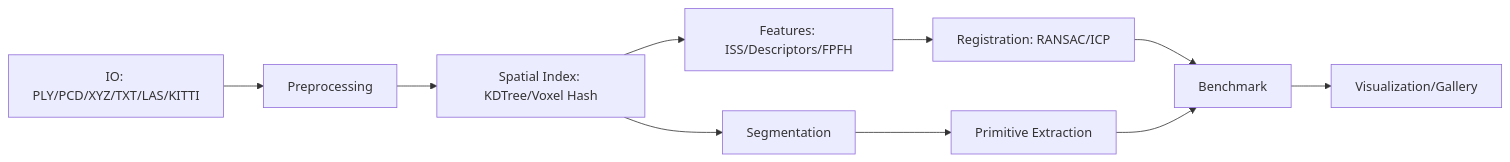
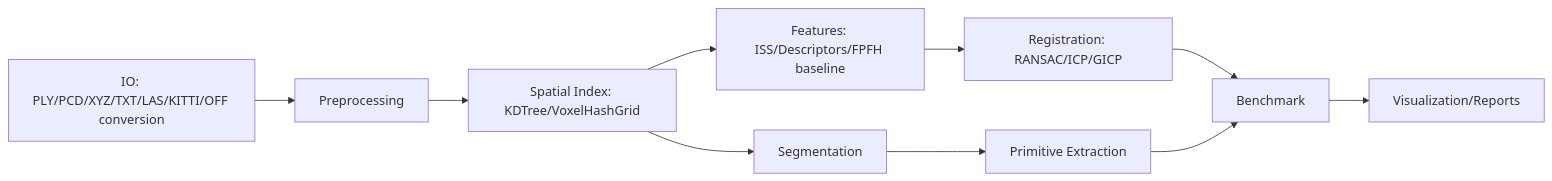
Before and after one commit to lazyJLBL/PointCloud-GeoLab: the diagram in README.md, drawn with Mermaid. The commit also changed other lines of this file and 85 other files, not shown here.

````diff
--- a/README.md
+++ b/README.md
@@ -26,12 +108,12 @@
 ```mermaid
 flowchart LR
-    IO[IO: PLY/PCD/XYZ/TXT/LAS/KITTI] --> Pre[Preprocessing]
-    Pre --> Spatial[Spatial Index: KDTree/Voxel Hash]
-    Spatial --> Features[Features: ISS/Descriptors/FPFH]
-    Features --> Reg[Registration: RANSAC/ICP]
+    IO[IO: PLY/PCD/XYZ/TXT/LAS/KITTI/OFF conversion] --> Pre[Preprocessing]
+    Pre --> Spatial[Spatial Index: KDTree/VoxelHashGrid]
+    Spatial --> Features[Features: ISS/Descriptors/FPFH baseline]
+    Features --> Reg[Registration: RANSAC/ICP/GICP]
     Spatial --> Seg[Segmentation]
     Seg --> Prim[Primitive Extraction]
     Reg --> Bench[Benchmark]
     Prim --> Bench
-    Bench --> Viz[Visualization/Gallery]
+    Bench --> Viz[Visualization/Reports]
 ```
````
